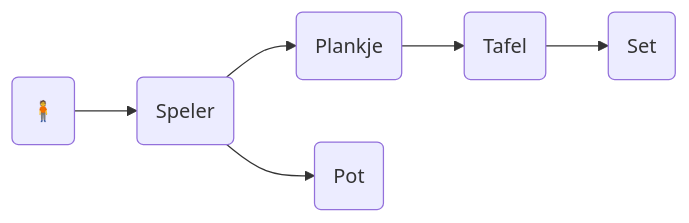
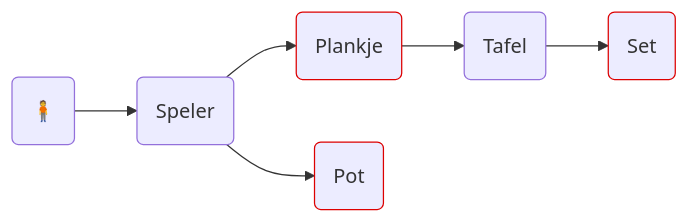
One commit to psvansluis/rummikub changed the first of 2 diagrams in overzichtObjecten.md. Above: the diagram before and after it, drawn with Mermaid. The commit also changed other lines of this file, not shown here.

````diff
--- a/overzichtObjecten.md
+++ b/overzichtObjecten.md
@@ -7,17 +9,19 @@
 ```mermaid
 flowchart LR
 
 AGENT("🧍")
 SPELER("Speler")
-PLANKJE("Plankje")
+PLANKJE("Plankje"):::heeftStenen
 TAFEL("Tafel")
-POT("Pot")
-SET1("Set")
+POT("Pot"):::heeftStenen
+SET1("Set"):::heeftStenen
 
 AGENT-->SPELER
 SPELER-->PLANKJE
 SPELER-->POT
 PLANKJE-->TAFEL
 TAFEL-->SET1
 
+classDef heeftStenen stroke:#d00
+
 ```
````
